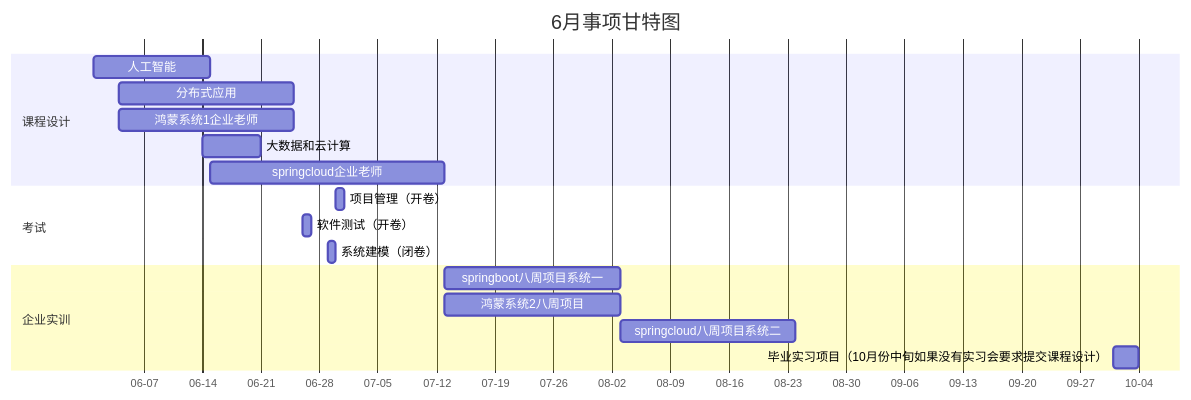
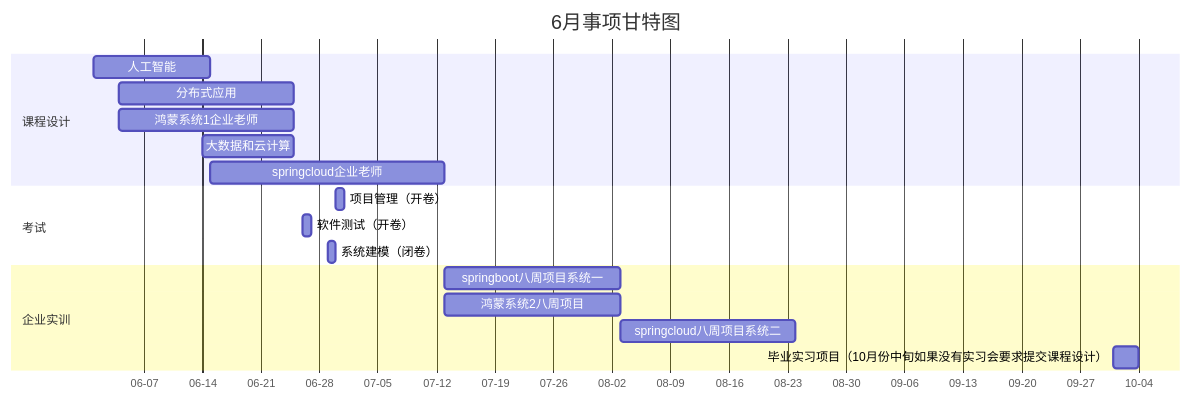
The diagram in 01-Areas/010_时间管理/大三下考试周DDL.md (githoldder/Obsidian_vault), drawn with Mermaid before and after one commit. The commit also changed other lines of this file, not shown here.

````diff
--- a/01-Areas/010_时间管理/大三下考试周DDL.md
+++ b/01-Areas/010_时间管理/大三下考试周DDL.md
@@ -2,24 +2,24 @@
 ```mermaid
 gantt
     title 6月事项甘特图
     dateFormat YYYY-MM-DD
     axisFormat  %m-%d 
     
     section 课程设计
     人工智能 :2026-6-1, 14d
     分布式应用 :2026-6-4, 21d
     鸿蒙系统1企业老师 :2026-6-4, 21d
-    大数据和云计算 :2026-6-14, 7d
+    大数据和云计算 :2026-6-14, 11d
     springcloud企业老师 :2026-6-15, 28d
     
     section 考试
     项目管理（开卷）:2026-6-30, 1d
     软件测试（开卷）:2026-6-26, 1d
     系统建模（闭卷） :2026-6-29, 1d
     
     section 企业实训
     springboot八周项目系统一 :2026-7-13, 21d
     鸿蒙系统2八周项目 :2026-7-13, 21d
     springcloud八周项目系统二 :2026-8-3, 21d
     毕业实习项目（10月份中旬如果没有实习会要求提交课程设计） :2026-10-1, 3d
 ```
````
